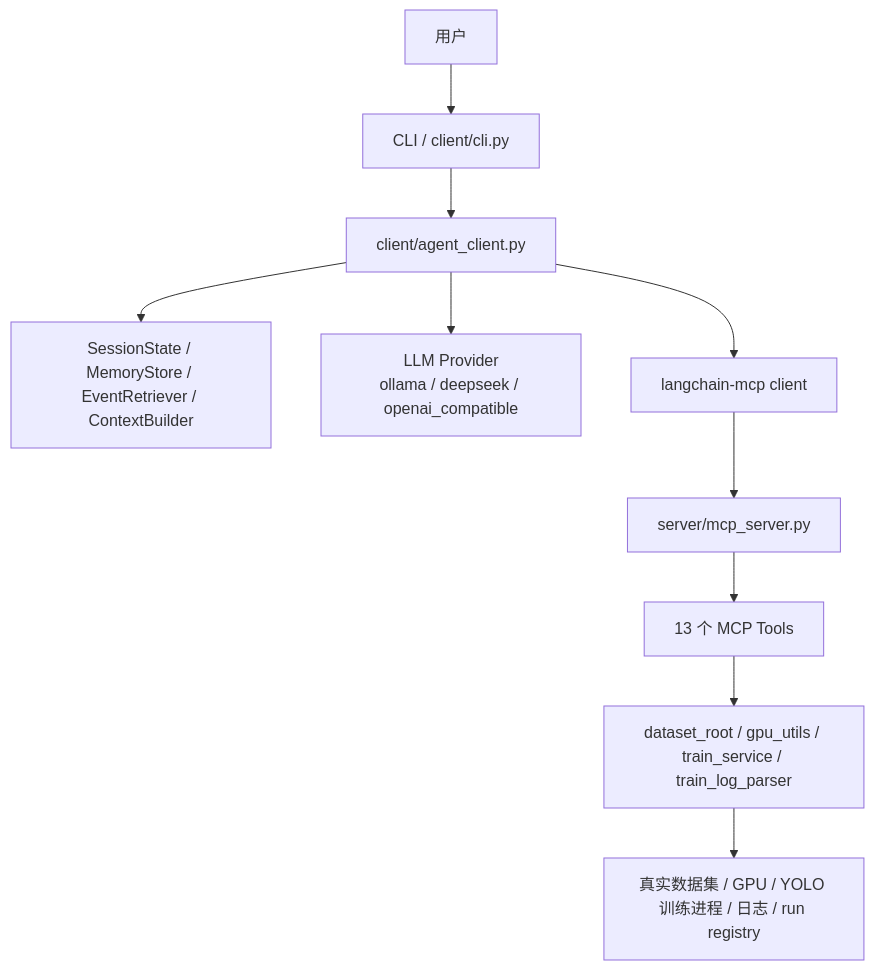
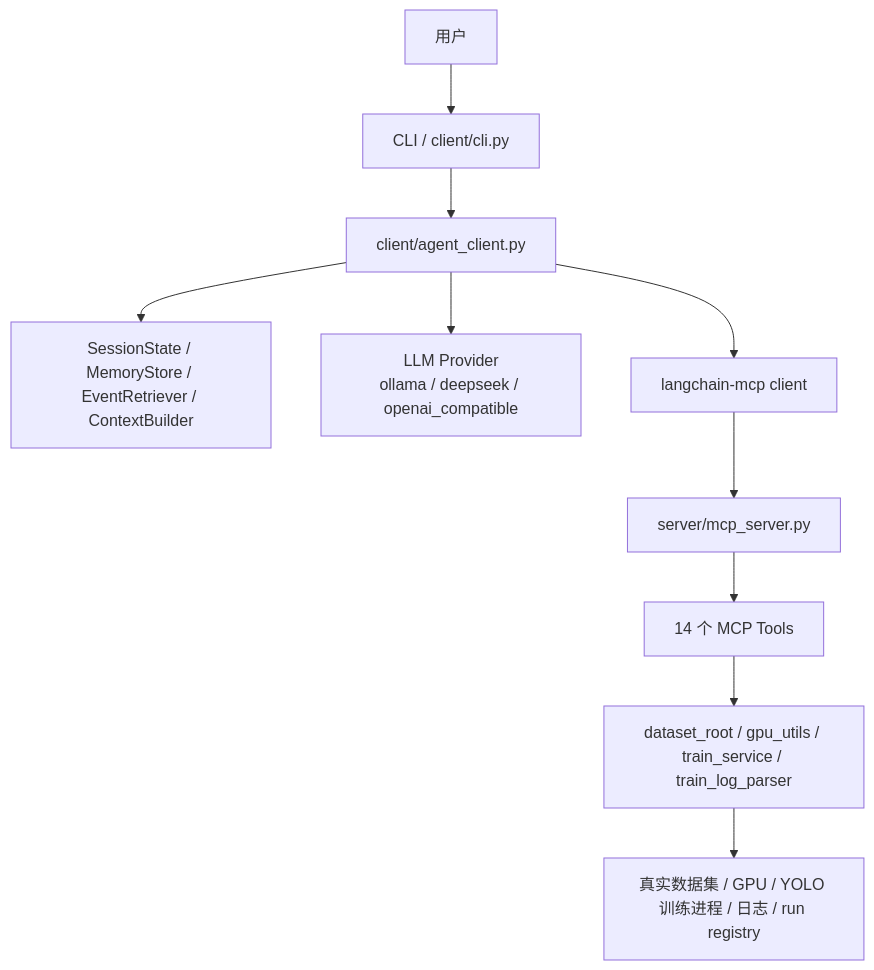
Before and after one commit to KLYkl/yolostudio-agent: the third of 3 diagrams in doc/current_progress_2026-04-11.md, drawn with Mermaid. The commit also changed other lines of this file and 17 other files, not shown here.

````diff
--- a/doc/current_progress_2026-04-11.md
+++ b/doc/current_progress_2026-04-11.md
@@ -85,12 +84,12 @@
 ```mermaid
 flowchart TD
     USER["用户"] --> CLI["CLI / client/cli.py"]
     CLI --> CLIENT["client/agent_client.py"]
     CLIENT --> MEMORY["SessionState / MemoryStore / EventRetriever / ContextBuilder"]
     CLIENT --> LLM["LLM Provider\nollama / deepseek / openai_compatible"]
     CLIENT --> MCPCLIENT["langchain-mcp client"]
     MCPCLIENT --> MCPSERVER["server/mcp_server.py"]
-    MCPSERVER --> TOOLS["13 个 MCP Tools"]
+    MCPSERVER --> TOOLS["14 个 MCP Tools"]
     TOOLS --> SERVICES["dataset_root / gpu_utils / train_service / train_log_parser"]
     SERVICES --> RUNTIME["真实数据集 / GPU / YOLO 训练进程 / 日志 / run registry"]
 ```
````
